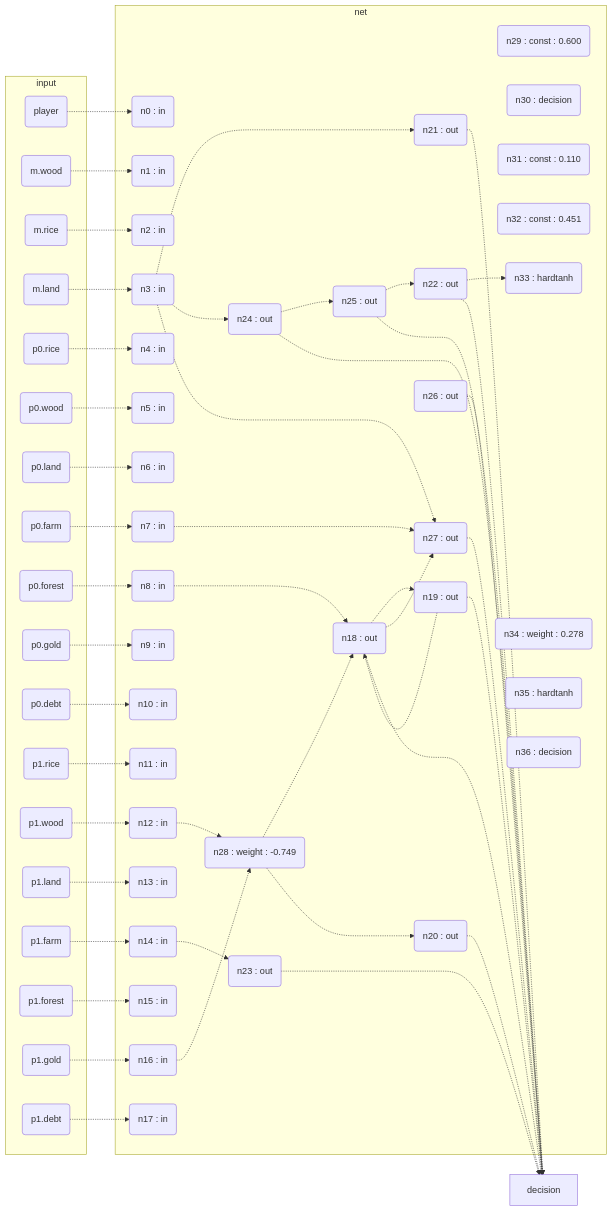
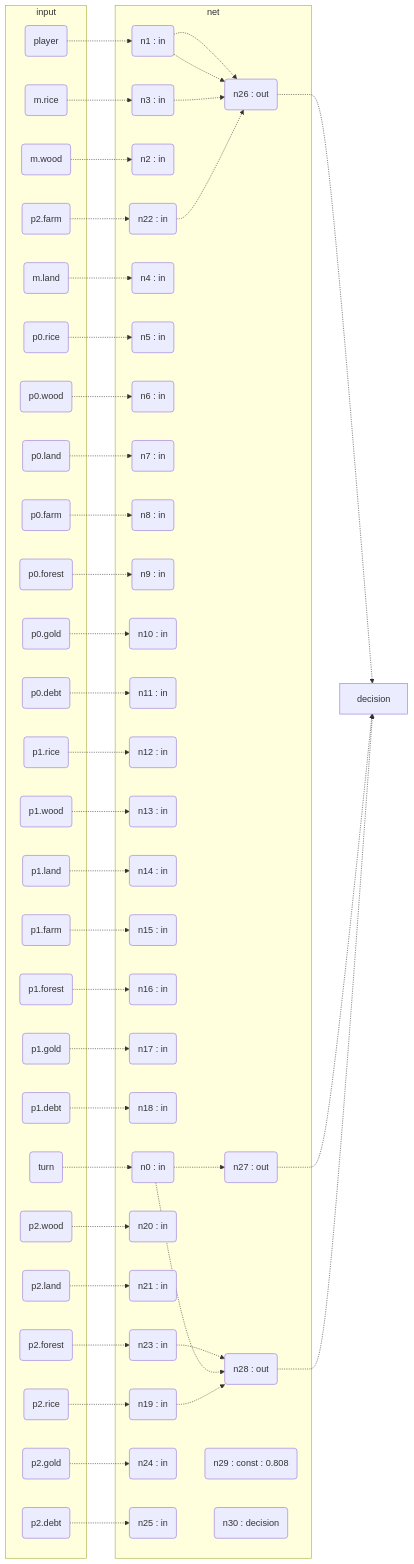
The diagram in simple-market/latest/0_nn.mmd (loicbourgois/gaime), drawn with Mermaid before and after one commit. The commit also changed 29 other files, not shown here.

```diff
--- a/simple-market/latest/0_nn.mmd
+++ b/simple-market/latest/0_nn.mmd
@@ -1,104 +1,99 @@
 flowchart LR
 subgraph input
-i0(player)
-i1(m.wood)
-i2(m.rice)
-i3(m.land)
-i4(p0.rice)
-i5(p0.wood)
-i6(p0.land)
-i7(p0.farm)
-i8(p0.forest)
-i9(p0.gold)
-i10(p0.debt)
-i11(p1.rice)
-i12(p1.wood)
-i13(p1.land)
-i14(p1.farm)
-i15(p1.forest)
-i16(p1.gold)
-i17(p1.debt)
+i0(turn)
+i1(player)
+i2(m.wood)
+i3(m.rice)
+i4(m.land)
+i5(p0.rice)
+i6(p0.wood)
+i7(p0.land)
+i8(p0.farm)
+i9(p0.forest)
+i10(p0.gold)
+i11(p0.debt)
+i12(p1.rice)
+i13(p1.wood)
+i14(p1.land)
+i15(p1.farm)
+i16(p1.forest)
+i17(p1.gold)
+i18(p1.debt)
+i19(p2.rice)
+i20(p2.wood)
+i21(p2.land)
+i22(p2.farm)
+i23(p2.forest)
+i24(p2.gold)
+i25(p2.debt)
 end
 subgraph net
 i0 -.-> n0 
 n0(n0 : in)
 i1 -.-> n1 
 n1(n1 : in)
 i2 -.-> n2 
 n2(n2 : in)
 i3 -.-> n3 
 n3(n3 : in)
 i4 -.-> n4 
 n4(n4 : in)
 i5 -.-> n5 
 n5(n5 : in)
 i6 -.-> n6 
 n6(n6 : in)
 i7 -.-> n7 
 n7(n7 : in)
 i8 -.-> n8 
 n8(n8 : in)
 i9 -.-> n9 
 n9(n9 : in)
 i10 -.-> n10 
 n10(n10 : in)
 i11 -.-> n11 
 n11(n11 : in)
 i12 -.-> n12 
 n12(n12 : in)
 i13 -.-> n13 
 n13(n13 : in)
 i14 -.-> n14 
 n14(n14 : in)
 i15 -.-> n15 
 n15(n15 : in)
 i16 -.-> n16 
 n16(n16 : in)
 i17 -.-> n17 
 n17(n17 : in)
-n8 -.-> n18 
-n19 -.-> n18 
-n28 -.-> n18 
-n18(n18 : out)
-n18 -.-> n19 
-n19(n19 : out)
-n28 -.-> n20 
-n20(n20 : out)
-n3 -.-> n21 
-n21(n21 : out)
-n25 -.-> n22 
-n22(n22 : out)
-n14 -.-> n23 
-n23(n23 : out)
-n3 -.-> n24 
-n24(n24 : out)
-n24 -.-> n25 
-n25(n25 : out)
+i18 -.-> n18 
+n18(n18 : in)
+i19 -.-> n19 
+n19(n19 : in)
+i20 -.-> n20 
+n20(n20 : in)
+i21 -.-> n21 
+n21(n21 : in)
+i22 -.-> n22 
+n22(n22 : in)
+i23 -.-> n23 
+n23(n23 : in)
+i24 -.-> n24 
+n24(n24 : in)
+i25 -.-> n25 
+n25(n25 : in)
+n1 -.-> n26 
+n1 -.-> n26 
+n3 -.-> n26 
+n22 -.-> n26 
 n26(n26 : out)
-n7 -.-> n27 
-n18 -.-> n27 
-n3 -.-> n27 
+n0 -.-> n27 
 n27(n27 : out)
-n16 -.-> n28 
-n12 -.-> n28 
-n28(n28 : weight : -0.749)
-n29(n29 : const : 0.600)
+n23 -.-> n28 
+n0 -.-> n28 
+n19 -.-> n28 
+n28(n28 : out)
+n29(n29 : const : 0.808)
 n30(n30 : decision)
-n31(n31 : const : 0.110)
-n32(n32 : const : 0.451)
-n22 -.-> n33 
-n33(n33 : hardtanh)
-n34(n34 : weight : 0.278)
-n35(n35 : hardtanh)
-n36(n36 : decision)
 end
-n18 -.-> decision
-n19 -.-> decision
-n20 -.-> decision
-n21 -.-> decision
-n22 -.-> decision
-n23 -.-> decision
-n24 -.-> decision
-n25 -.-> decision
 n26 -.-> decision
 n27 -.-> decision
+n28 -.-> decision
```
